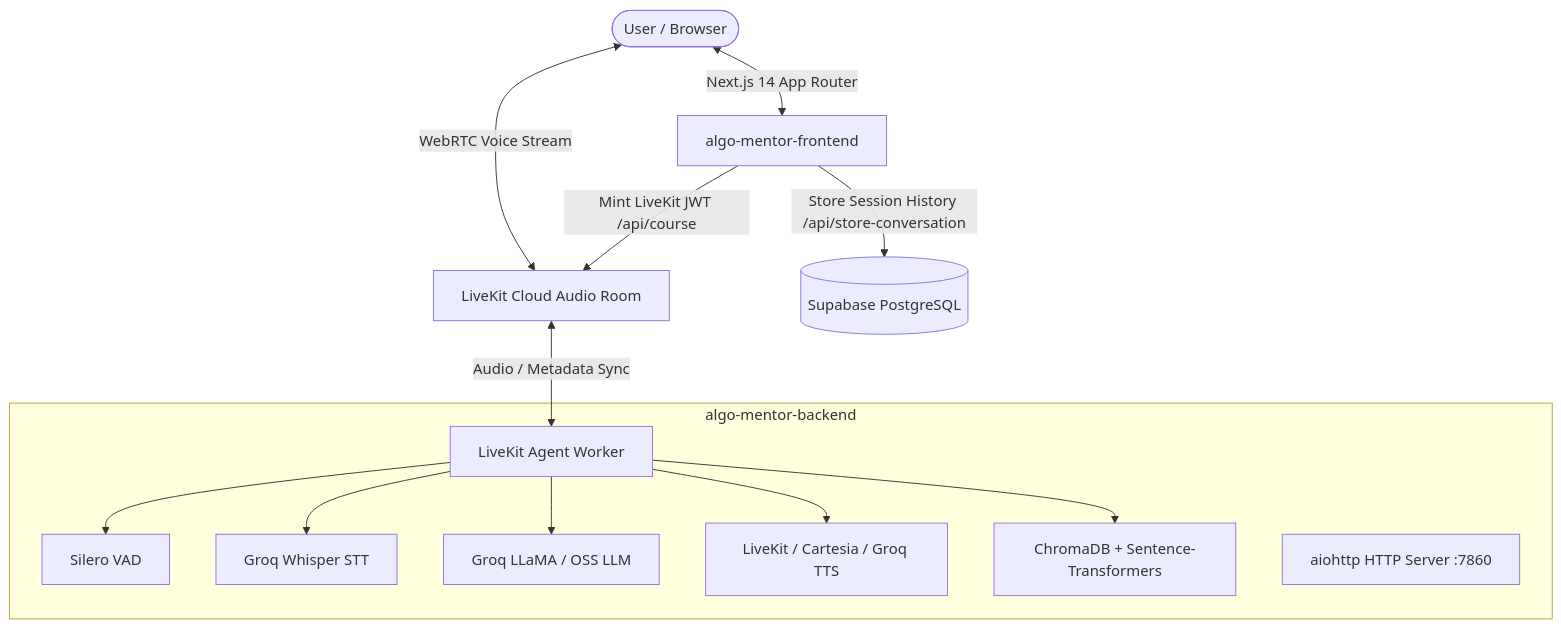
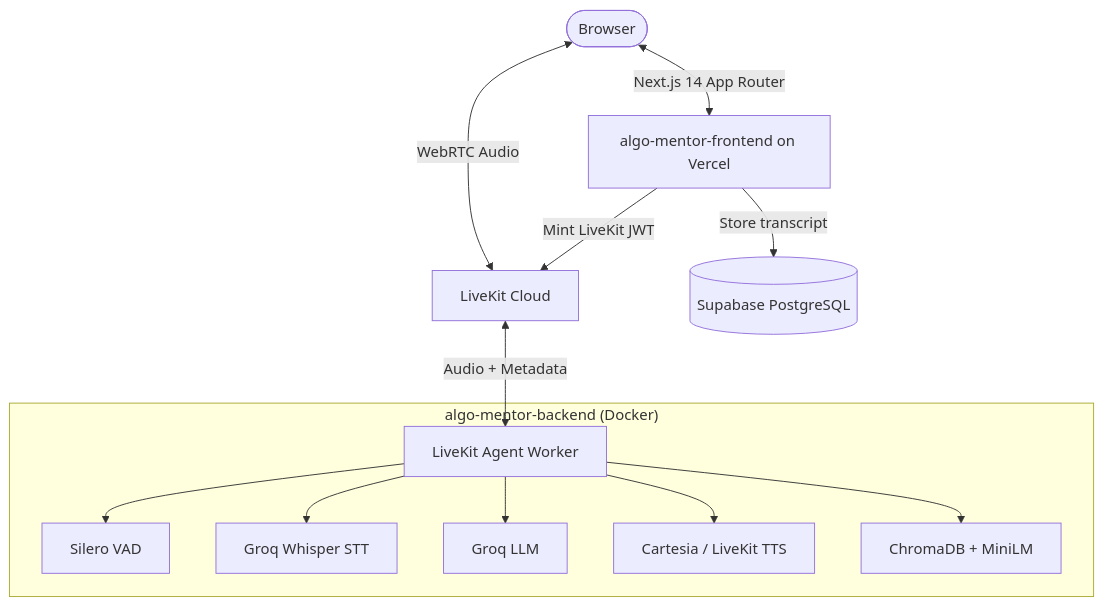
One commit to Panchiwalayash/AlgoMentor changed the diagram in README.md. Above: the diagram before and after it, drawn with Mermaid. The commit also changed other lines of this file and 12 other files, not shown here.

````diff
--- a/README.md
+++ b/README.md
@@ -83,25 +53,24 @@
 ```mermaid
 flowchart TD
-    User([User / Browser]) <-->|WebRTC Voice Stream| LK[LiveKit Cloud Audio Room]
-    User <-->|Next.js 14 App Router| FE[algo-mentor-frontend]
+    User([Browser]) <-->|WebRTC Audio| LK[LiveKit Cloud]
+    User <-->|Next.js 14 App Router| FE[algo-mentor-frontend on Vercel]
 
-    subgraph LiveKit Worker Agent [algo-mentor-backend]
+    subgraph Agent ["algo-mentor-backend (Docker)"]
         Worker[LiveKit Agent Worker]
         VAD[Silero VAD]
         STT[Groq Whisper STT]
-        LLM[Groq LLaMA / OSS LLM]
-        TTS[LiveKit / Cartesia / Groq TTS]
-        RAG[ChromaDB + Sentence-Transformers]
-        KeepAlive[aiohttp HTTP Server :7860]
+        LLM[Groq LLM]
+        TTS[Cartesia / LiveKit TTS]
+        RAG[ChromaDB + MiniLM]
     end
 
-    LK <-->|Audio / Metadata Sync| Worker
+    LK <-->|Audio + Metadata| Worker
     Worker --> VAD
     Worker --> STT
     Worker --> RAG
     Worker --> LLM
     Worker --> TTS
 
-    FE -->|Mint LiveKit JWT /api/course| LK
-    FE -->|Store Session History /api/store-conversation| DB[(Supabase PostgreSQL)]
+    FE -->|Mint LiveKit JWT| LK
+    FE -->|Store transcript| DB[(Supabase PostgreSQL)]
 ```
````
